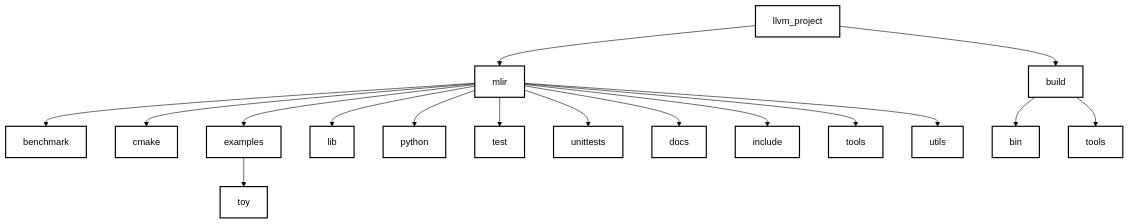
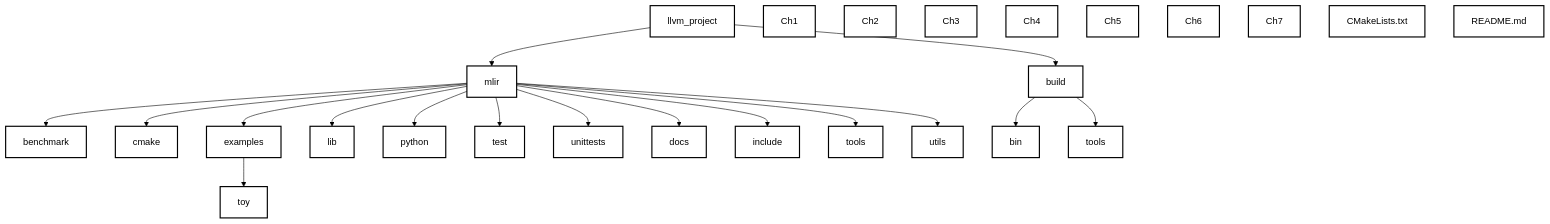
Before and after one commit to Ameya674/mlir_for_beginners: the third of 3 diagrams in Introduction.md, drawn with Mermaid (forest theme).

````diff
--- a/Introduction.md
+++ b/Introduction.md
@@ -143,49 +143,59 @@
 ```mermaid
 graph TD
   llvm_project["llvm_project"]
   mlir["mlir"]
   build["build"]
 
   llvm_project --> mlir
   llvm_project --> build
 
   benchmark["benchmark"]
   cmake["cmake"]
   examples["examples"]
   lib["lib"]
   python["python"]
   test["test"]
   unittests["unittests"]
   docs["docs"]
   include["include"]
   tools["tools"]
   utils["utils"]
 
   mlir --> benchmark
   mlir --> cmake
   mlir --> examples
   mlir --> lib
   mlir --> python
   mlir --> test
   mlir --> unittests
   mlir --> docs
   mlir --> include
   mlir --> tools
   mlir --> utils
 
   bin["bin"]
   build_tools["tools"]
 
   build --> bin
   build --> build_tools
 
   toy["toy"]
 
   examples --> toy
+
+  Ch1["Ch1"]
+  Ch2["Ch2"]
+  Ch3["Ch3"]
+  Ch4["Ch4"]
+  Ch5["Ch5"]
+  Ch6["Ch6"]
+  Ch7["Ch7"]
+  cmakelist.txt["CMakeLists.txt"]
+  readme.md["README.md"]
   
   classDef default fill:#fff,stroke:#000,stroke-width:2px;
   class mlir_box default;
   class toy_examples_box default;
   class toy_test_box default;
   class test_box default;
 ```
````
